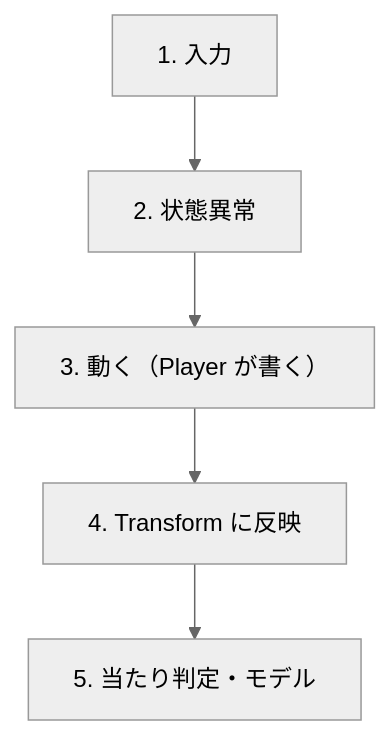
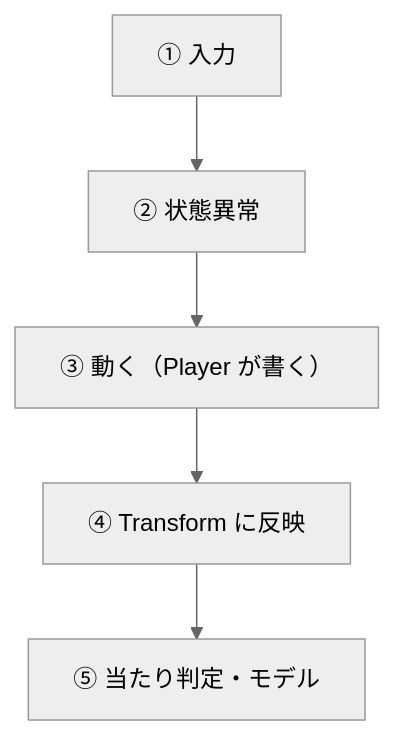
One commit to hirota-ryuki/Action changed the fourth of 6 diagrams in Action/docs/ゲーム/プレイヤー/プレイヤーの構成の設計.md. Above: the diagram before and after it, drawn with Mermaid (neutral theme). The commit also changed other lines of this file and 30 other files, not shown here.

````diff
--- a/Action/docs/ゲーム/プレイヤー/プレイヤーの構成の設計.md
+++ b/Action/docs/ゲーム/プレイヤー/プレイヤーの構成の設計.md
@@ -54,7 +54,7 @@
 ```mermaid
 flowchart TD
-    U1[1. 入力] --> U2[2. 状態異常]
-    U2 --> U3["3. 動く（Player が書く）"]
-    U3 --> U4[4. Transform に反映]
-    U4 --> U5[5. 当たり判定・モデル]
+    U1[① 入力] --> U2[② 状態異常]
+    U2 --> U3["③ 動く（Player が書く）"]
+    U3 --> U4[④ Transform に反映]
+    U4 --> U5[⑤ 当たり判定・モデル]
 ```
````
